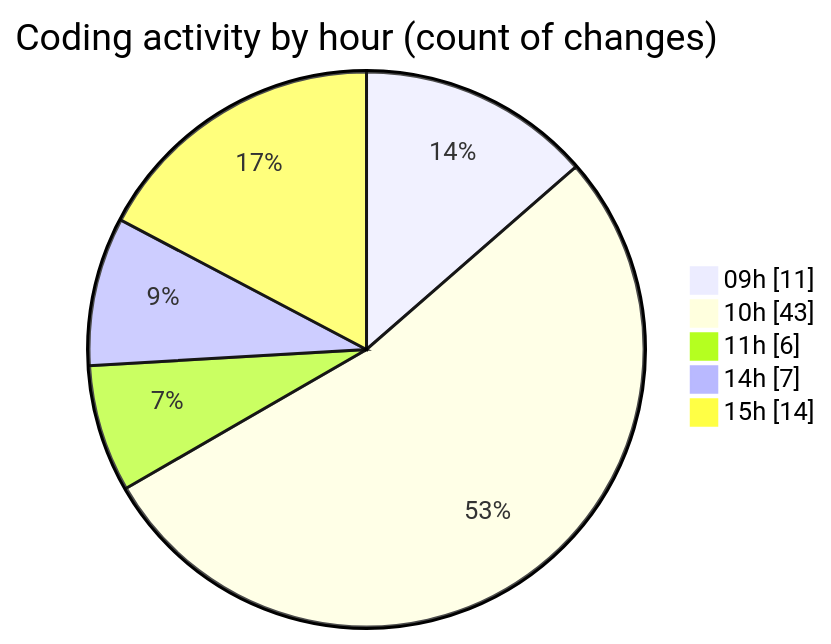
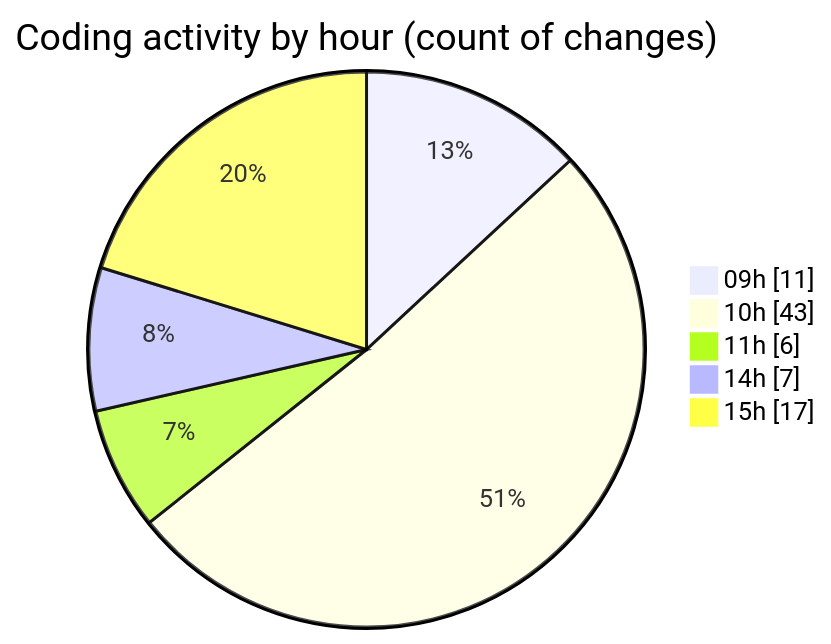
The second of 2 diagrams in 2025-05-27/ecodeli-1/README.md (CELIANVF/code-tracking), drawn with Mermaid before and after one commit. The commit also changed other lines of this file and 1 other file, not shown here.

````diff
--- a/2025-05-27/ecodeli-1/README.md
+++ b/2025-05-27/ecodeli-1/README.md
@@ -53,9 +53,9 @@
 ```mermaid
 pie showData
 title Coding activity by hour (count of changes)
 "09h" : 11
 "10h" : 43
 "11h" : 6
 "14h" : 7
-"15h" : 14
+"15h" : 17
 ```
````
